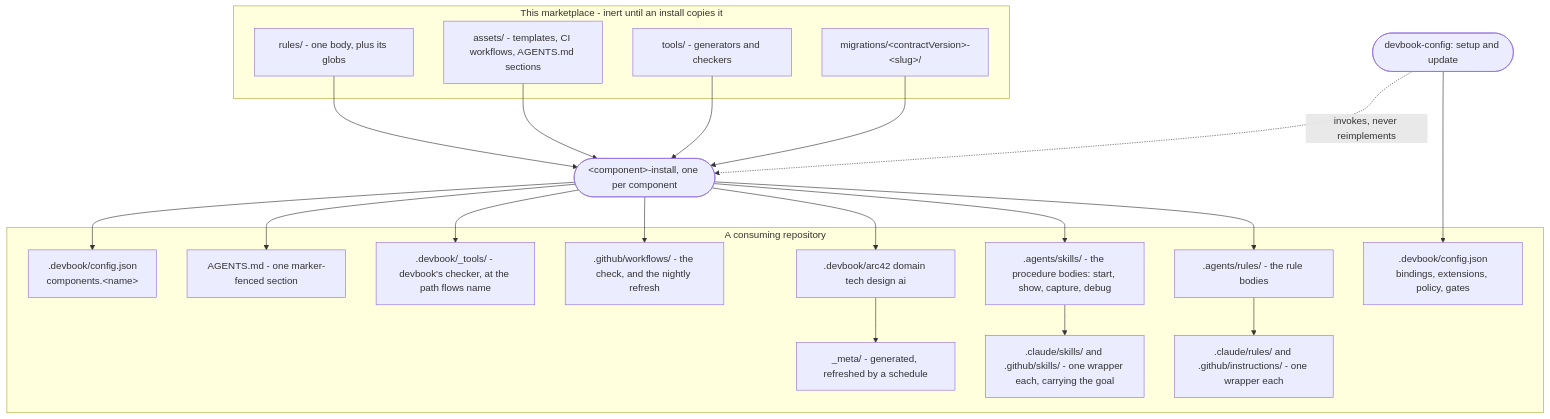
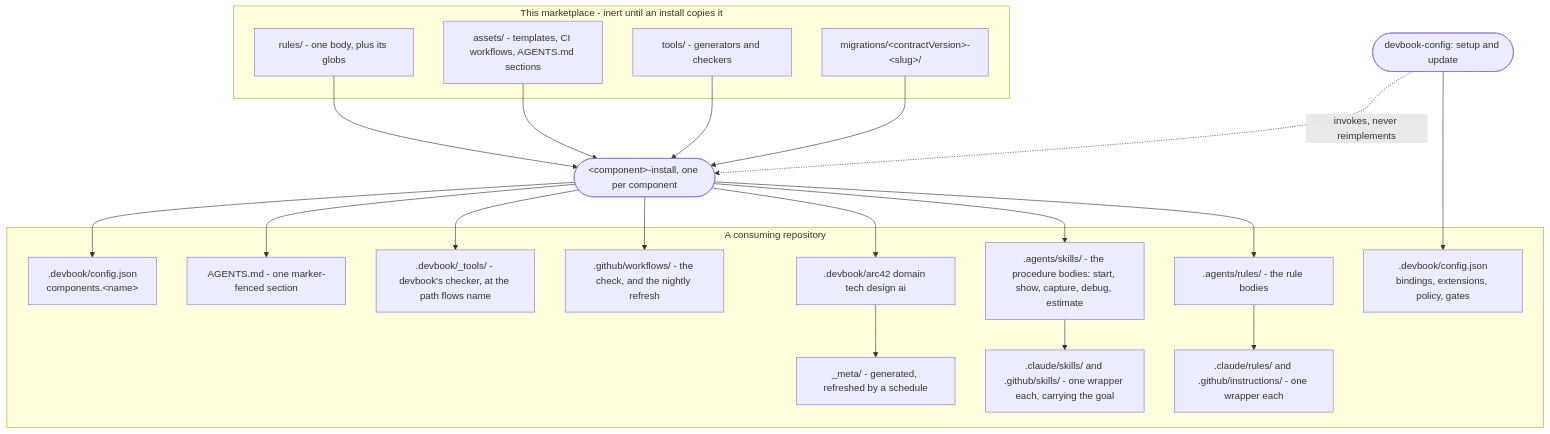
The third of 3 diagrams in .devbook/arc42/05-building-block-view.md (JSdotNet/devbook), drawn with Mermaid before and after one commit. The commit also changed 15 other files, not shown here.

First line of the commit message:
devbook-procedures: a fifth procedure, estimate, sizes work against the repository's own finished work

````diff
--- a/.devbook/arc42/05-building-block-view.md
+++ b/.devbook/arc42/05-building-block-view.md
@@ -211,43 +211,43 @@
 ```mermaid
 flowchart TB
     subgraph mp["This marketplace - inert until an install copies it"]
         pr["rules/ - one body, plus its globs"]
         pa["assets/ - templates, CI workflows, AGENTS.md sections"]
         pt["tools/ - generators and checkers"]
         pm["migrations/&lt;contractVersion&gt;-&lt;slug&gt;/"]
     end
 
     setup(["devbook-config: setup and update"])
     inst(["&lt;component&gt;-install, one per component"])
 
     subgraph repo["A consuming repository"]
         ar[".agents/rules/ - the rule bodies"]
         cw[".claude/rules/ and .github/instructions/ - one wrapper each"]
-        sk[".agents/skills/ - the procedure bodies: start, show, capture, debug"]
+        sk[".agents/skills/ - the procedure bodies: start, show, capture, debug, estimate"]
         sw[".claude/skills/ and .github/skills/ - one wrapper each, carrying the goal"]
         folders[".devbook/arc42 domain tech design ai"]
         meta["_meta/ - generated, refreshed by a schedule"]
         wf[".github/workflows/ - the check, and the nightly refresh"]
         tools[".devbook/_tools/ - devbook's checker, at the path flows name"]
         agents["AGENTS.md - one marker-fenced section"]
         cfgE[".devbook/config.json<br/>bindings, extensions, policy, gates"]
         cfgC[".devbook/config.json<br/>components.&lt;name&gt;"]
     end
 
     pr --> inst
     pa --> inst
     pt --> inst
     pm --> inst
     inst --> ar
     ar --> cw
     inst --> sk
     sk --> sw
     inst --> folders
     inst --> wf
     inst --> tools
     inst --> agents
     inst --> cfgC
     setup --> cfgE
     setup -.->|"invokes, never reimplements"| inst
     folders --> meta
 ```
````
